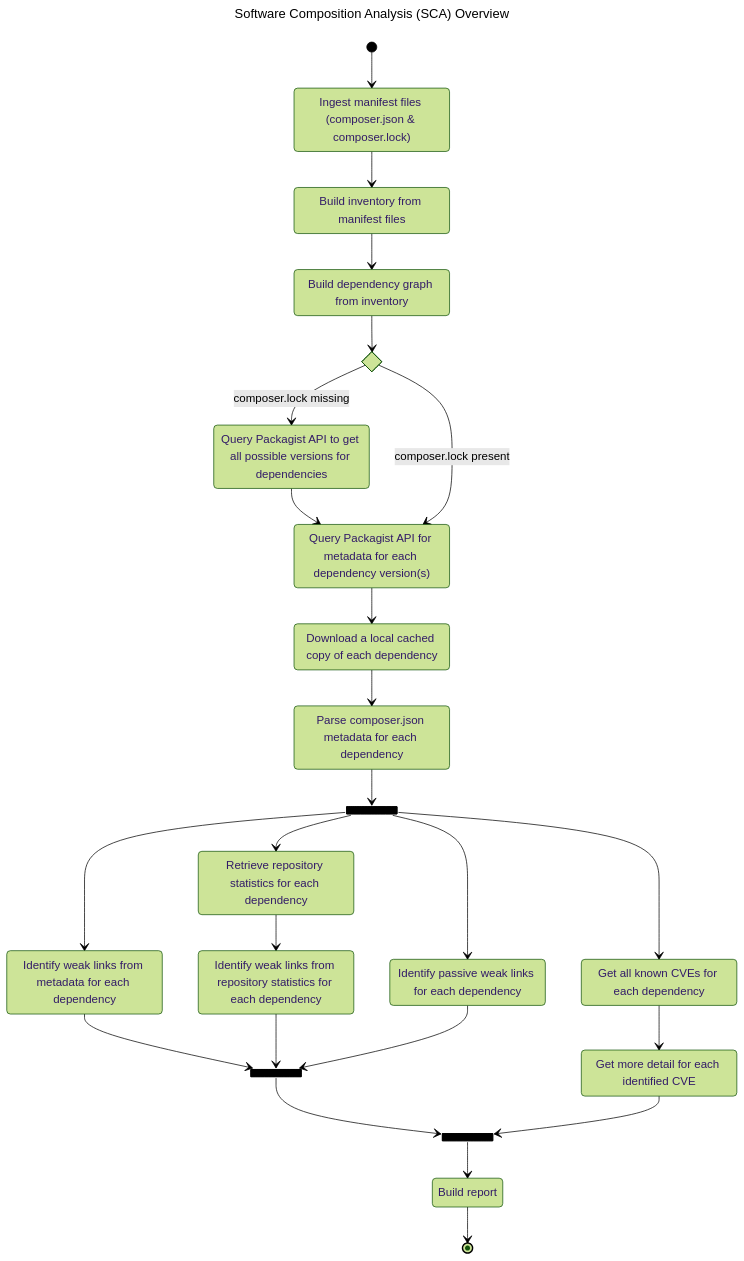
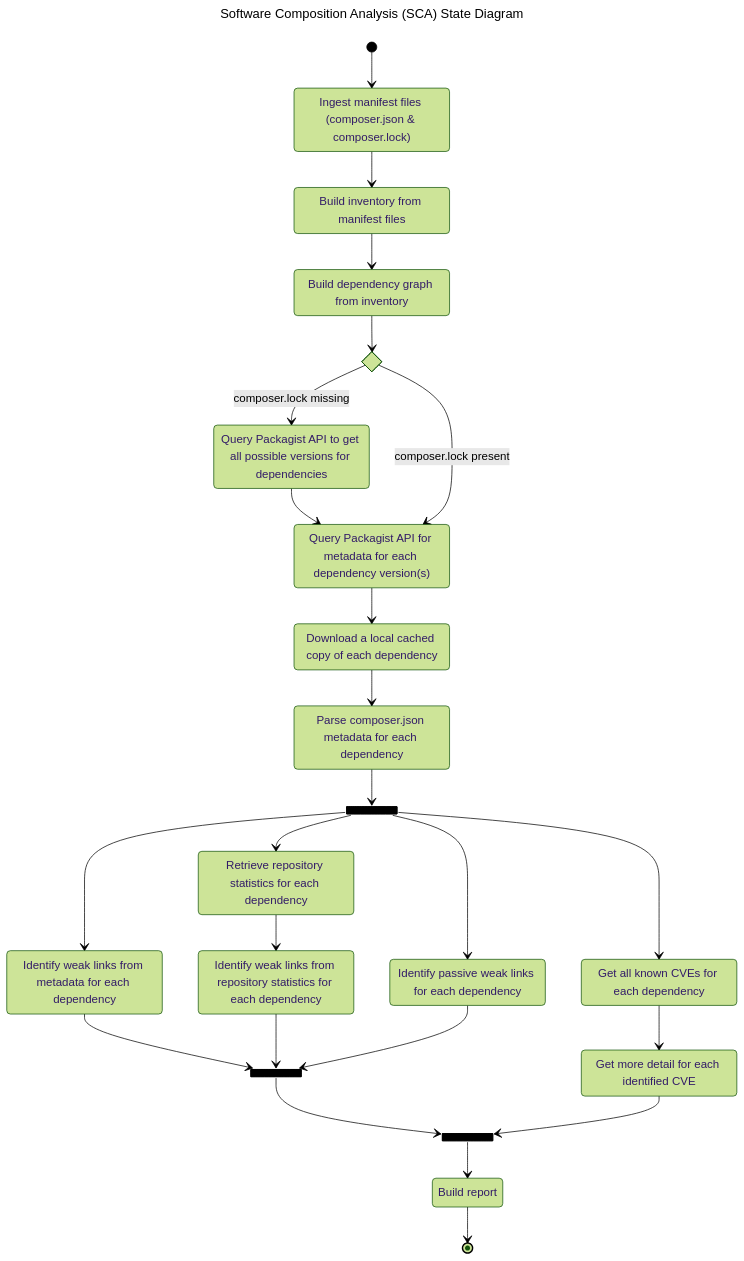
Before and after one commit to AlexWinder/SecAware: the second of 3 diagrams in README.md, drawn with Mermaid (forest theme). The commit also changed other lines of this file, not shown here.

````diff
--- a/README.md
+++ b/README.md
@@ -123,58 +123,58 @@
 ```mermaid
 ---
-title: Software Composition Analysis (SCA) Overview
+title: Software Composition Analysis (SCA) State Diagram
 ---
 stateDiagram-v2
     state "Ingest manifest files (composer.json & composer.lock)" as ingestFiles
     state "Build inventory from manifest files" as buildInventory
     state "Build dependency graph from inventory" as buildDependencyGraph
     state "Query Packagist API to get all possible versions for dependencies" as getAllVersions
     state "Query Packagist API for metadata for each dependency version(s)" as getDependenciesMetadata
     state "Download a local cached copy of each dependency" as cacheDependency
     state "Parse composer.json metadata for each dependency" as parseDependenciesComposer
     state "Get all known CVEs for each dependency" as cveTopLevel
     state "Get more detail for each identified CVE" as cveExtraDetail
     state "Identify weak links from metadata for each dependency" as weakLinkMetadata
     state "Retrieve repository statistics for each dependency" as retrieveRepositoryStatistics
     state "Identify weak links from repository statistics for each dependency" as weakLinkRepositoryStatistics
     state "Identify passive weak links for each dependency" as weakLinkPassive
     state "Build report" as buildReport
 
     state ifGetPossibleVersions <<choice>>
     state analysisFork <<fork>>
     state weakLinkJoin <<join>>
     state analysisJoin <<join>>
 
     [*] --> ingestFiles
     ingestFiles --> buildInventory
     buildInventory --> buildDependencyGraph
 
     buildDependencyGraph --> ifGetPossibleVersions
 
     ifGetPossibleVersions --> getAllVersions: composer.lock missing
     getAllVersions --> getDependenciesMetadata
     ifGetPossibleVersions --> getDependenciesMetadata: composer.lock present
 
     getDependenciesMetadata --> cacheDependency
     cacheDependency --> parseDependenciesComposer
 
     parseDependenciesComposer --> analysisFork
 
     analysisFork --> cveTopLevel
     cveTopLevel --> cveExtraDetail
 
     analysisFork --> weakLinkMetadata
     analysisFork --> retrieveRepositoryStatistics
     retrieveRepositoryStatistics --> weakLinkRepositoryStatistics
     analysisFork --> weakLinkPassive
 
     weakLinkMetadata --> weakLinkJoin
     weakLinkRepositoryStatistics --> weakLinkJoin
     weakLinkPassive --> weakLinkJoin
 
     weakLinkJoin --> analysisJoin
     cveExtraDetail --> analysisJoin
 
     analysisJoin --> buildReport
     buildReport --> [*]
 ```
````
